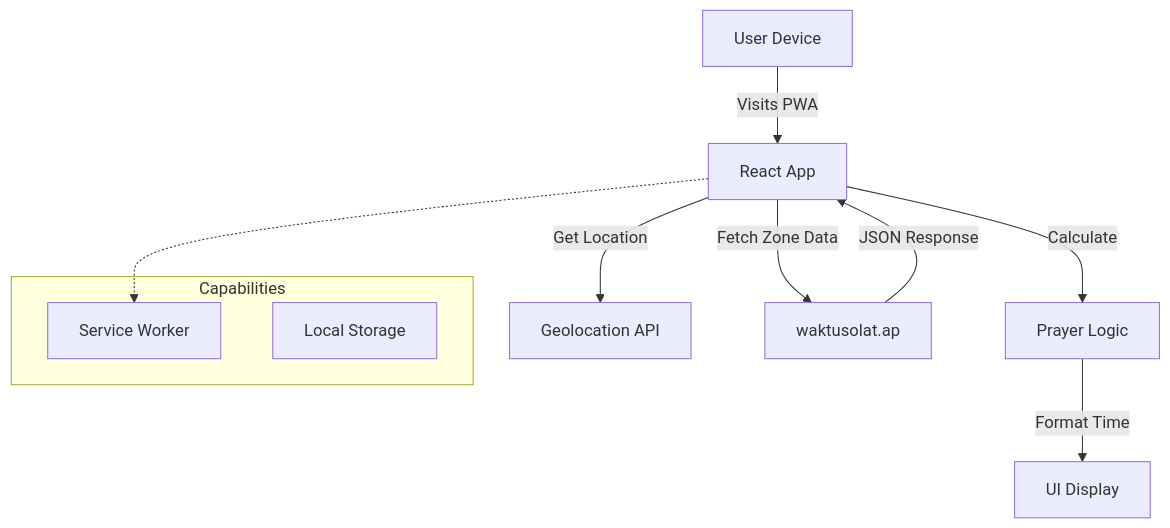
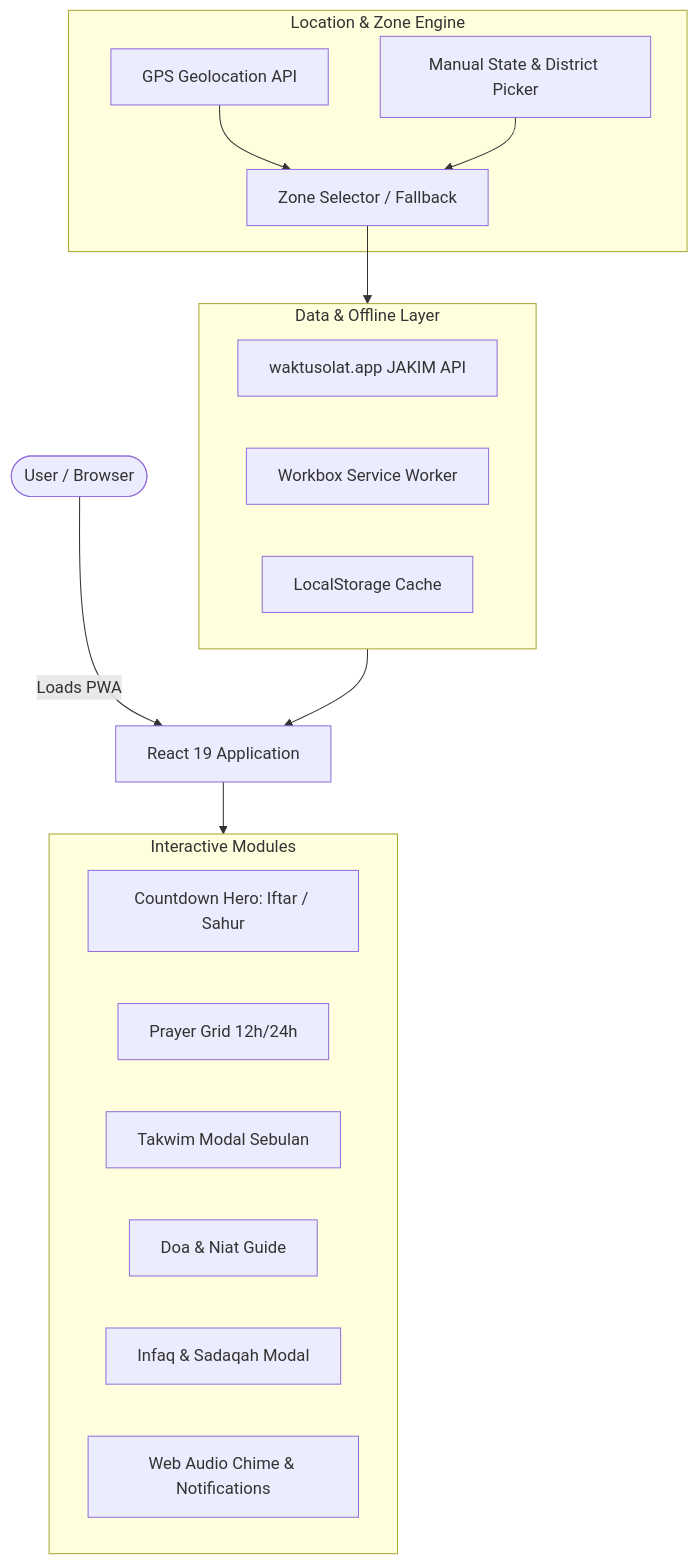
Before and after one commit to 9M2PJU/9M2PJU-Iftar-Time: the diagram in README.md, drawn with Mermaid. The commit also changed other lines of this file and 22 other files, not shown here.

Commit message:
feat: enhance Iftar & Sahur companion with manual zone selector, takwim, doa guide, audio chime and offline cache

````diff
--- a/README.md
+++ b/README.md
@@ -32,16 +51,28 @@
 ```mermaid
-graph TD
-    User[User Device] -->|Visits PWA| App[React App]
-    App -->|Get Location| Geo[Geolocation API]
-    App -->|Fetch Zone Data| API[waktusolat.ap]
-    API -->|JSON Response| App
-    App -->|Calculate| Logic[Prayer Logic]
-    Logic -->|Format Time| Display[UI Display]
+flowchart TD
+    User([User / Browser]) -->|Loads PWA| App[React 19 Application]
     
-    subgraph "Capabilities"
-    PWA[Service Worker]
-    Cache[Local Storage]
+    subgraph Location_Zone ["Location & Zone Engine"]
+        Geo[GPS Geolocation API] --> ZoneMgr[Zone Selector / Fallback]
+        Manual[Manual State & District Picker] --> ZoneMgr
     end
-    
-    App -.-> PWA
+
+    subgraph Data_Layer ["Data & Offline Layer"]
+        API[waktusolat.app JAKIM API]
+        SW[Workbox Service Worker]
+        Storage[LocalStorage Cache]
+    end
+
+    subgraph UI_Modules ["Interactive Modules"]
+        Hero[Countdown Hero: Iftar / Sahur]
+        Grid[Prayer Grid 12h/24h]
+        Takwim[Takwim Modal Sebulan]
+        Doa[Doa & Niat Guide]
+        About[Infaq & Sadaqah Modal]
+        Audio[Web Audio Chime & Notifications]
+    end
+
+    ZoneMgr --> Data_Layer
+    Data_Layer --> App
+    App --> UI_Modules
 ```
````
